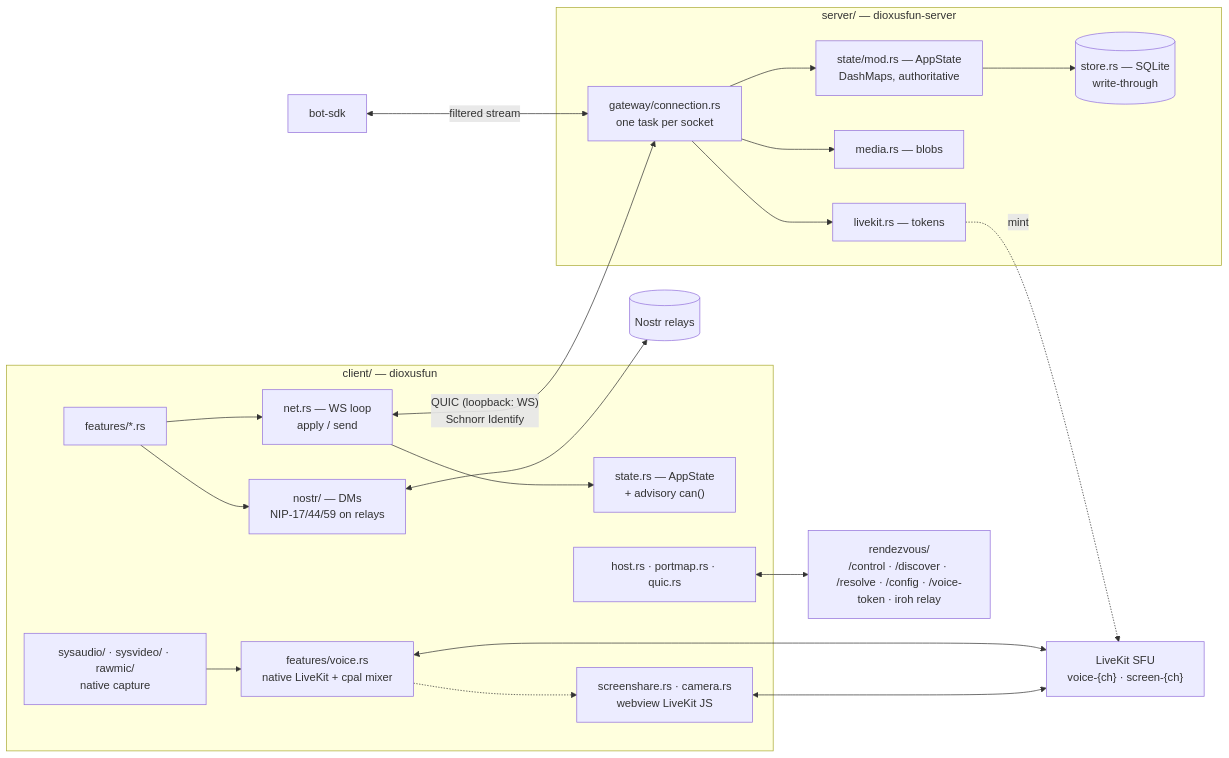
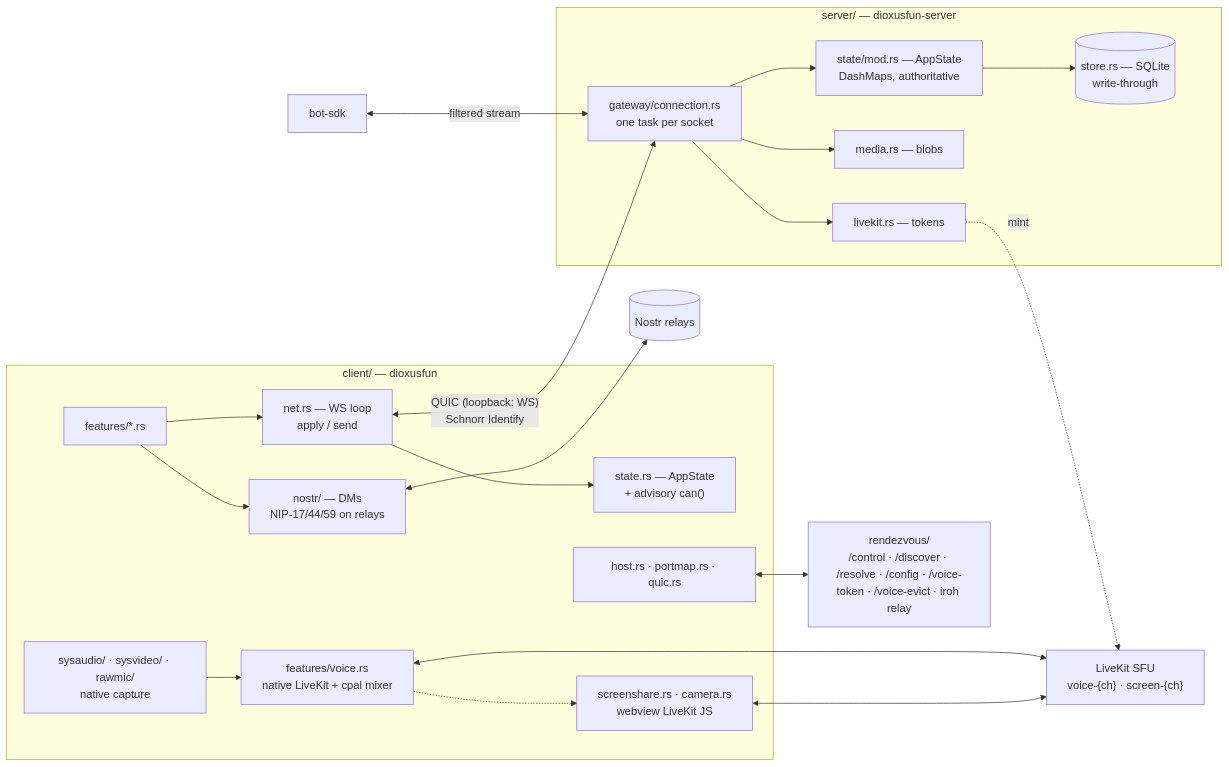
The diagram in docs/MAP.md (ssotomayor/discordia), drawn with Mermaid before and after one commit. The commit also changed other lines of this file and 31 other files, not shown here.

````diff
--- a/docs/MAP.md
+++ b/docs/MAP.md
@@ -142,38 +143,38 @@
 ```mermaid
 flowchart LR
   subgraph C["client/ — dioxusfun"]
     UI["features/*.rs"]
     NET["net.rs — WS loop<br/>apply / send"]
     ST["state.rs — AppState<br/>+ advisory can()"]
     NOSTR["nostr/ — DMs<br/>NIP-17/44/59 on relays"]
     V["features/voice.rs<br/>native LiveKit + cpal mixer"]
     CAP["sysaudio/ · sysvideo/ · rawmic/<br/>native capture"]
     JS["screenshare.rs · camera.rs<br/>webview LiveKit JS"]
     HOST["host.rs · portmap.rs · quic.rs"]
     UI-->NET-->ST
     UI-->NOSTR
     CAP-->V
     V-.->JS
   end
   subgraph S["server/ — dioxusfun-server"]
     GW["gateway/connection.rs<br/>one task per socket"]
     AS["state/mod.rs — AppState<br/>DashMaps, authoritative"]
     DB[("store.rs — SQLite<br/>write-through")]
     MED["media.rs — blobs"]
     LK["livekit.rs — tokens"]
     GW-->AS-->DB
     GW-->MED
     GW-->LK
   end
   SFU["LiveKit SFU<br/>voice-{ch} · screen-{ch}"]
-  RZ["rendezvous/<br/>/control · /discover · /resolve · /config · /voice-token · iroh relay"]
+  RZ["rendezvous/<br/>/control · /discover · /resolve · /config · /voice-token · /voice-evict · iroh relay"]
   RELAYS[("Nostr relays")]
   BOT["bot-sdk"]
   NET<-->|"QUIC (loopback: WS)<br/>Schnorr Identify"|GW
   BOT<-->|filtered stream|GW
   V<-->SFU
   JS<-->SFU
   LK-.mint.->SFU
   HOST<-->RZ
   NOSTR<-->RELAYS
 ```
````
